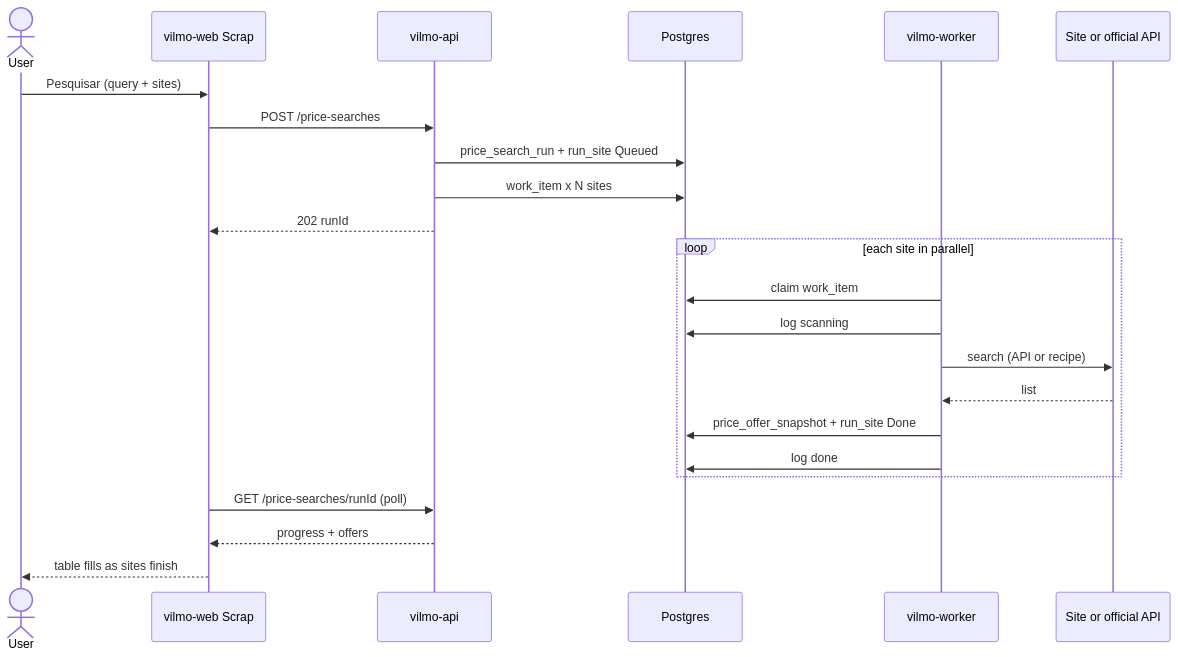
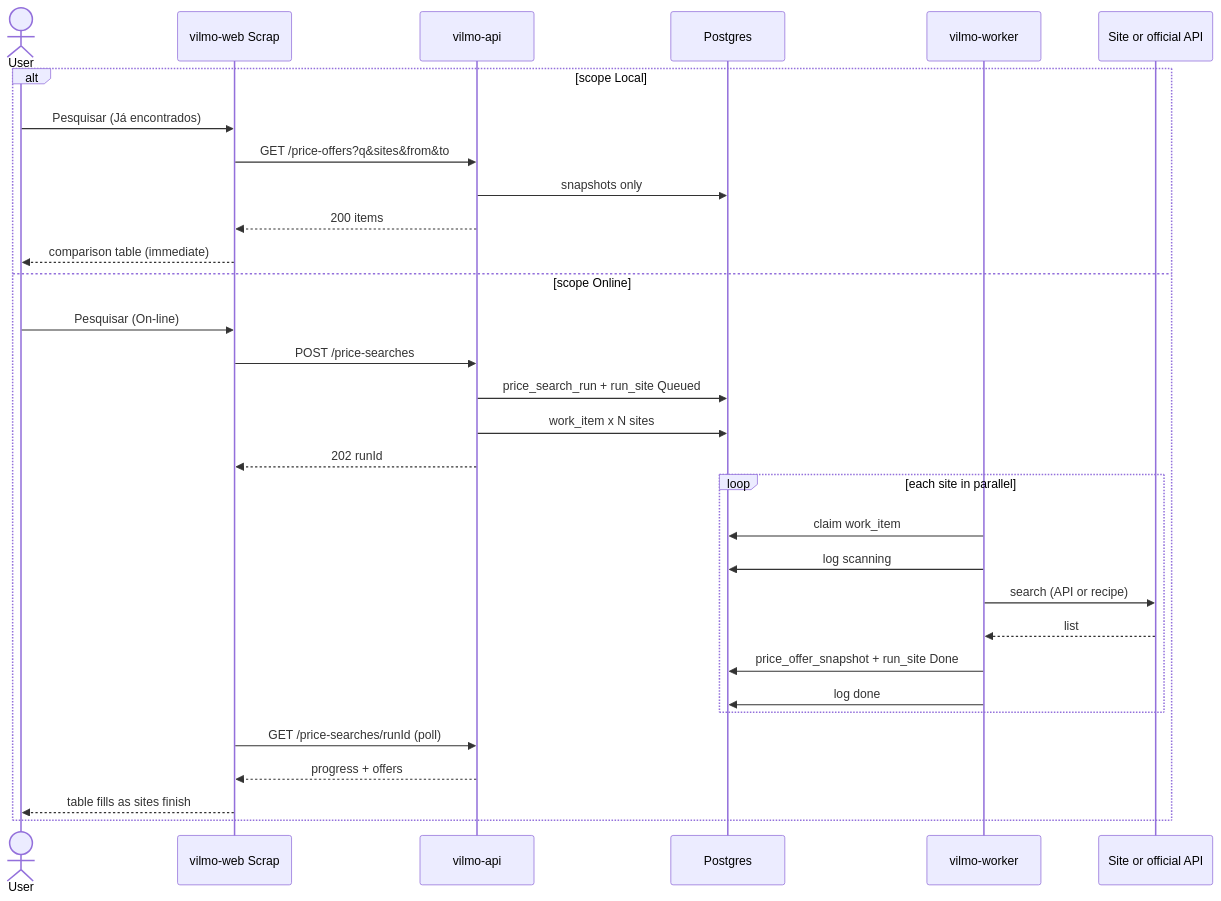
The diagram in MD/PRICE_SEARCH.md (andrevilmo/VilmoMarketingEngine), drawn with Mermaid before and after one commit. The commit also changed other lines of this file, not shown here.

First line of the commit message:
Add Online vs already-saved search flag to the Scrap plan.

````diff
--- a/MD/PRICE_SEARCH.md
+++ b/MD/PRICE_SEARCH.md
@@ -207,26 +235,34 @@
 ```mermaid
 sequenceDiagram
   actor User
   participant Web as vilmo-web Scrap
   participant Api as vilmo-api
   participant Db as Postgres
   participant W as vilmo-worker
   participant Site as Site or official API
 
-  User->>Web: Pesquisar (query + sites)
-  Web->>Api: POST /price-searches
-  Api->>Db: price_search_run + run_site Queued
-  Api->>Db: work_item x N sites
-  Api-->>Web: 202 runId
-  loop each site in parallel
-    W->>Db: claim work_item
-    W->>Db: log scanning
-    W->>Site: search (API or recipe)
-    Site-->>W: list
-    W->>Db: price_offer_snapshot + run_site Done
-    W->>Db: log done
+  alt scope Local
+    User->>Web: Pesquisar (Já encontrados)
+    Web->>Api: GET /price-offers?q&sites&from&to
+    Api->>Db: snapshots only
+    Api-->>Web: 200 items
+    Web-->>User: comparison table (immediate)
+  else scope Online
+    User->>Web: Pesquisar (On-line)
+    Web->>Api: POST /price-searches
+    Api->>Db: price_search_run + run_site Queued
+    Api->>Db: work_item x N sites
+    Api-->>Web: 202 runId
+    loop each site in parallel
+      W->>Db: claim work_item
+      W->>Db: log scanning
+      W->>Site: search (API or recipe)
+      Site-->>W: list
+      W->>Db: price_offer_snapshot + run_site Done
+      W->>Db: log done
+    end
+    Web->>Api: GET /price-searches/runId (poll)
+    Api-->>Web: progress + offers
+    Web-->>User: table fills as sites finish
   end
-  Web->>Api: GET /price-searches/runId (poll)
-  Api-->>Web: progress + offers
-  Web-->>User: table fills as sites finish
 ```
````
